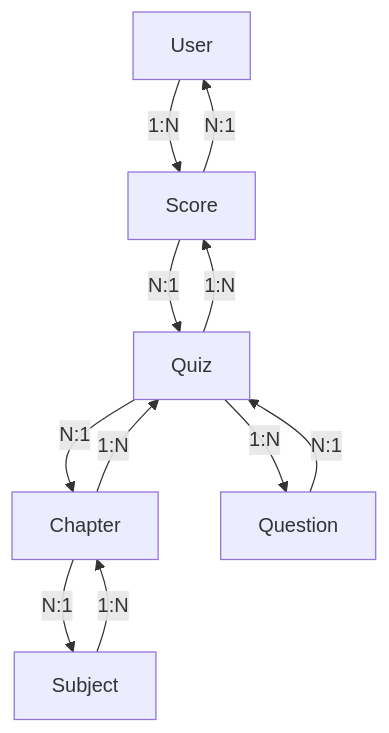
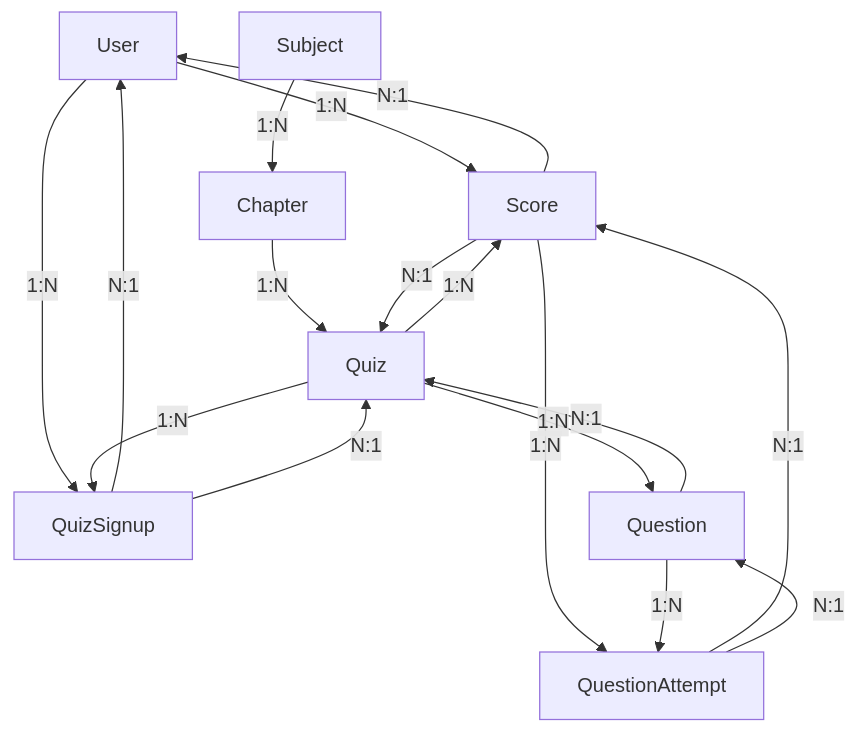
One commit to avr2002/quiz-master-mad2 changed the diagram in docs/Database Design.md. Above: the diagram before and after it, drawn with Mermaid. The commit also changed other lines of this file and 13 other files, not shown here.

````diff
--- a/docs/Database Design.md
+++ b/docs/Database Design.md
@@ -112,13 +136,19 @@
 ```mermaid
 graph TD
     User -- 1:N --> Score
+    User -- 1:N --> QuizSignup
     Subject -- 1:N --> Chapter
     Chapter -- 1:N --> Quiz
     Quiz -- 1:N --> Question
     Quiz -- 1:N --> Score
+    Quiz -- 1:N --> QuizSignup
     Score -- N:1 --> User
     Score -- N:1 --> Quiz
+    Score -- 1:N --> QuestionAttempt
     Question -- N:1 --> Quiz
-    Quiz -- N:1 --> Chapter
-    Chapter -- N:1 --> Subject
+    Question -- 1:N --> QuestionAttempt
+    QuestionAttempt -- N:1 --> Score
+    QuestionAttempt -- N:1 --> Question
+    QuizSignup -- N:1 --> User
+    QuizSignup -- N:1 --> Quiz
 ```
````
